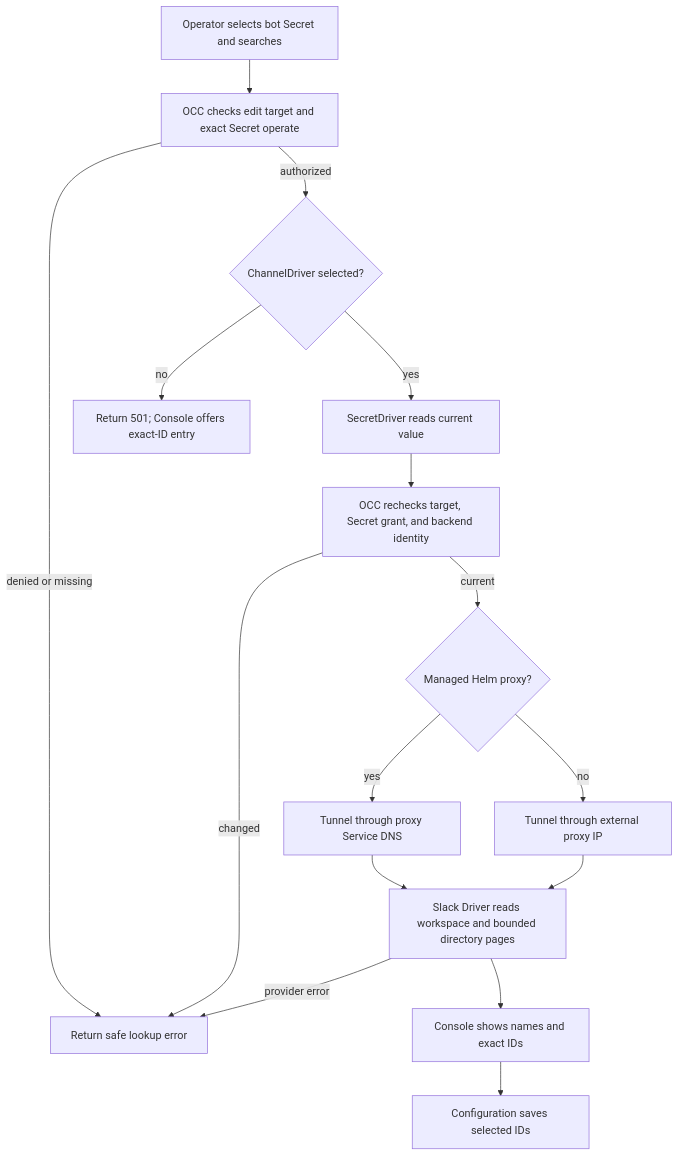
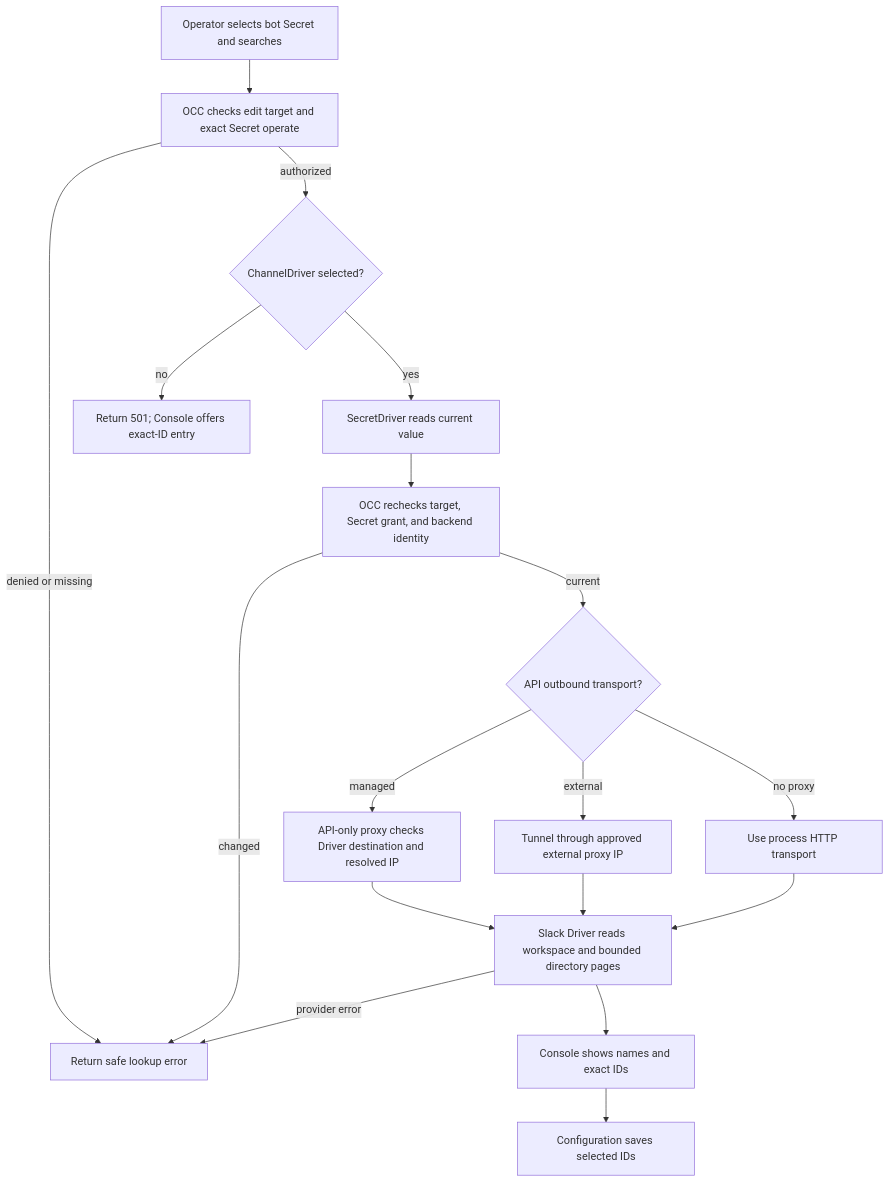
One commit to openclaw/openclaw-enterprise changed the diagram in docs/flows/agent-channel-directory.md. Above: the diagram before and after it, drawn with Mermaid. The commit also changed other lines of this file and 98 other files, not shown here.

Commit message:
feat: manage dedicated Gateway outbound HTTPS through approved revision proxies

````diff
--- a/docs/flows/agent-channel-directory.md
+++ b/docs/flows/agent-channel-directory.md
@@ -30,18 +30,20 @@
 ```mermaid
 graph TD
   A["Operator selects bot Secret and searches"] --> B["OCC checks edit target and exact Secret operate"]
   B -->|denied or missing| X["Return safe lookup error"]
   B -->|authorized| P{"ChannelDriver selected?"}
   P -->|no| U["Return 501; Console offers exact-ID entry"]
   P -->|yes| C["SecretDriver reads current value"]
   C --> D["OCC rechecks target, Secret grant, and backend identity"]
   D -->|changed| X
-  D -->|current| M{"Managed Helm proxy?"}
-  M -->|yes| H["Tunnel through proxy Service DNS"]
-  M -->|no| I["Tunnel through external proxy IP"]
+  D -->|current| M{"API outbound transport?"}
+  M -->|managed| H["API-only proxy checks Driver destination and resolved IP"]
+  M -->|external| I["Tunnel through approved external proxy IP"]
+  M -->|no proxy| R["Use process HTTP transport"]
   H --> E["Slack Driver reads workspace and bounded directory pages"]
   I --> E
+  R --> E
   E -->|provider error| X
   E --> F["Console shows names and exact IDs"]
   F --> G["Configuration saves selected IDs"]
 ```
````
